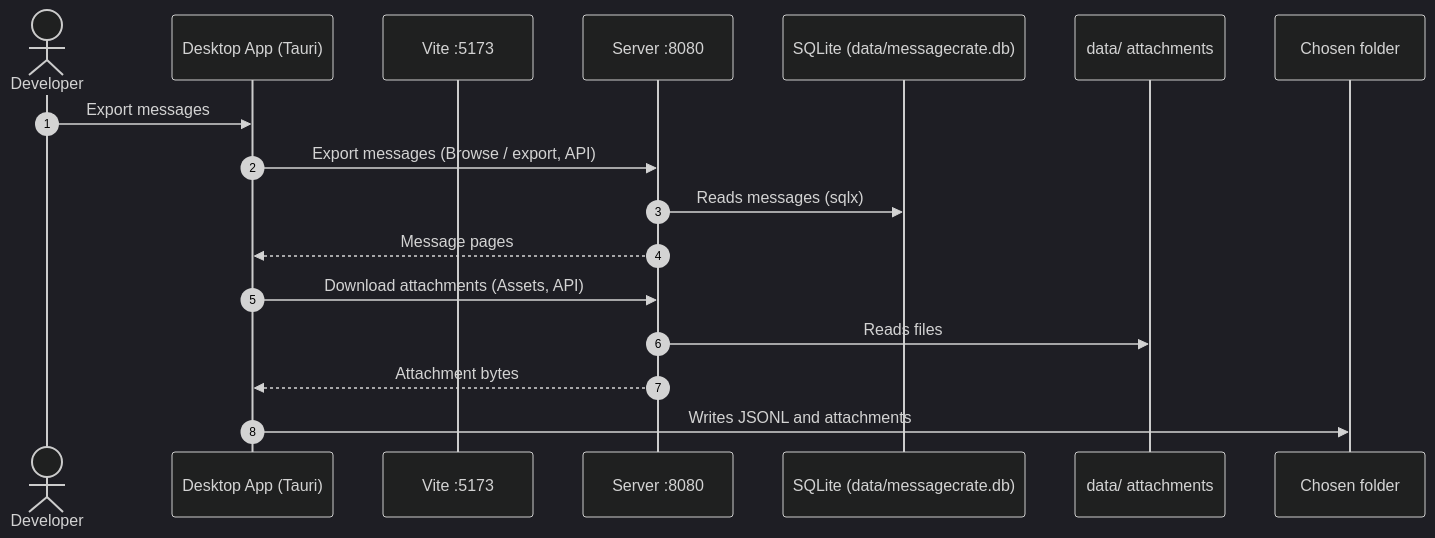
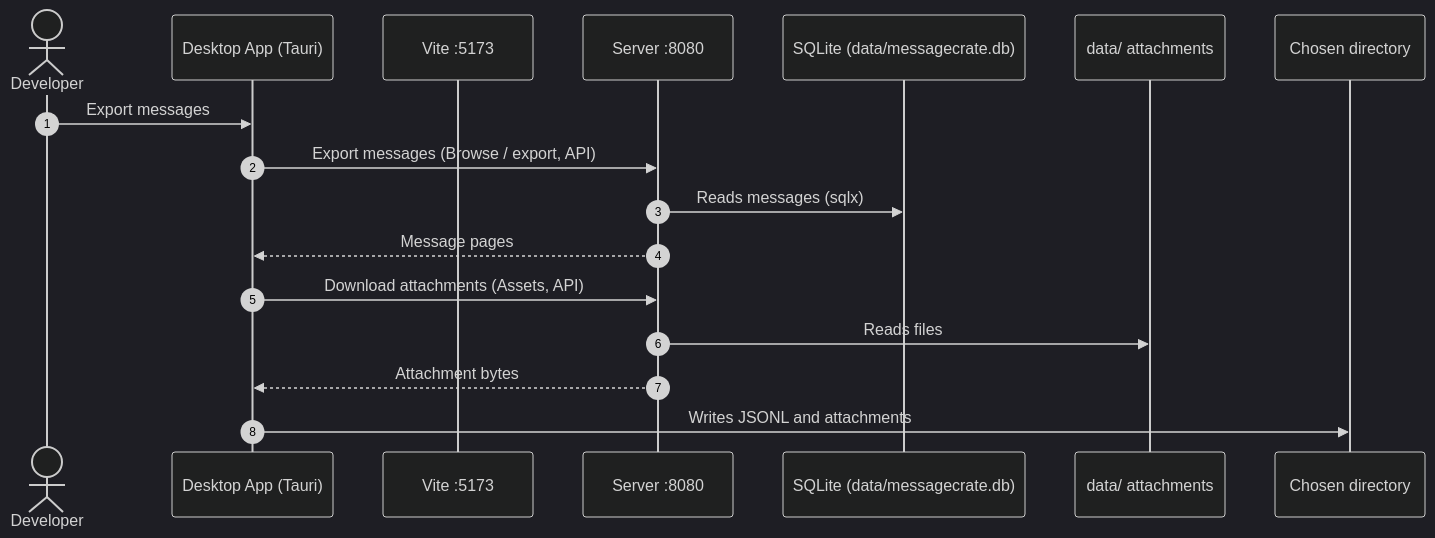
The fourth of 4 diagrams in docs/src/content/docs/docs/developer/design.md (messagecrate/message-crate), drawn with Mermaid (dark theme) before and after one commit. The commit also changed other lines of this file and 279 other files, not shown here.

First line of the commit message:
Say "directory", never "folder", everywhere (#1764)

````diff
--- a/docs/src/content/docs/docs/developer/design.md
+++ b/docs/src/content/docs/docs/developer/design.md
@@ -195,21 +195,21 @@
 ```mermaid
 sequenceDiagram
     autonumber
     actor Dev as Developer
     participant Desktop as Desktop App (Tauri)
     participant Vite as Vite :5173
     participant Server as Server :8080
 
     participant DB as SQLite (data/messagecrate.db)
     participant Disk as data/ attachments
-    participant Out as Chosen folder
+    participant Out as Chosen directory
 
     Dev->>Desktop: Export messages
     Desktop->>Server: Export messages (Browse / export, API)
     Server->>DB: Reads messages (sqlx)
     Server-->>Desktop: Message pages
     Desktop->>Server: Download attachments (Assets, API)
     Server->>Disk: Reads files
     Server-->>Desktop: Attachment bytes
     Desktop->>Out: Writes JSONL and attachments
 ```
````
